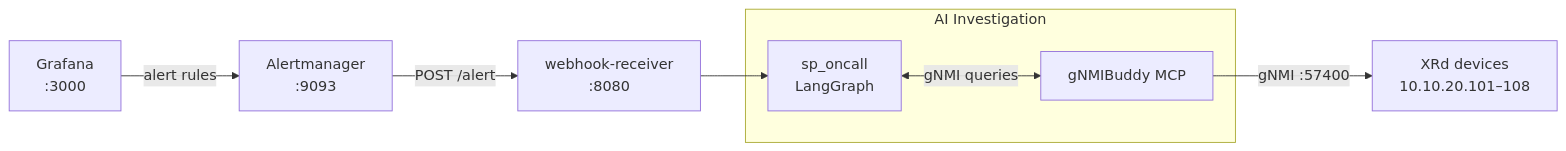
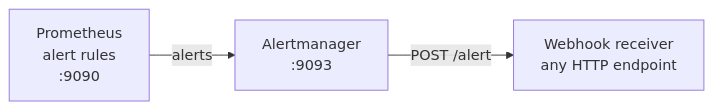
The second of 2 diagrams in README.md (CiscoDevNet/xrd-observability-stack), drawn with Mermaid before and after one commit. The commit also changed other lines of this file and 35 other files, not shown here.

First line of the commit message:
Remove AI webhook, add alert-echo test receiver (#7)

````diff
--- a/README.md
+++ b/README.md
@@ -48,19 +49,9 @@
 ```mermaid
 flowchart LR
-    graf["Grafana<br/>:3000"]
+    prom["Prometheus<br/>alert rules<br/>:9090"]
     am["Alertmanager<br/>:9093"]
-    wh["webhook-receiver<br/>:8080"]
+    wh["Webhook receiver<br/>any HTTP endpoint"]
 
-    subgraph ai["AI Investigation"]
-        sp["sp_oncall<br/>LangGraph"]
-        buddy["gNMIBuddy MCP"]
-    end
-
-    xrd["XRd devices<br/>10.10.20.101–108"]
-
-    graf -->|alert rules| am
+    prom -->|alerts| am
     am -->|"POST /alert"| wh
-    wh --> sp
-    sp <-->|gNMI queries| buddy
-    buddy -->|"gNMI :57400"| xrd
 ```
````
